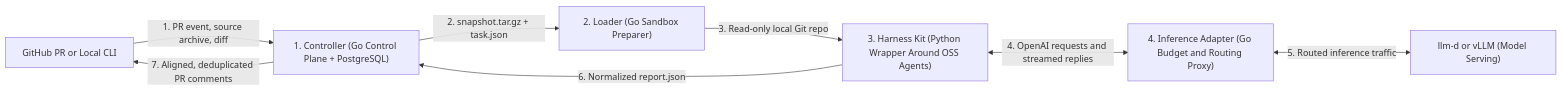
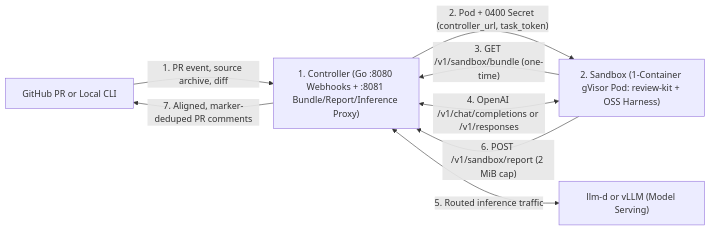
The first of 3 diagrams in docs/architecture.md (zetxqx/review-agent-infra), drawn with Mermaid before and after one commit. The commit also changed other lines of this file and 79 other files, not shown here.

Commit message:
Consolidate review-agent-infra into three stateless artifacts with embedded sandbox proxy, single-container pods, and PR marker deduplication.

````diff
--- a/docs/architecture.md
+++ b/docs/architecture.md
@@ -9,17 +9,15 @@
 ```mermaid
 flowchart LR
     GH["GitHub PR or Local CLI"]
-    Ctrl["1. Controller (Go Control Plane + PostgreSQL)"]
-    Loader["2. Loader (Go Sandbox Preparer)"]
-    Kit["3. Harness Kit (Python Wrapper Around OSS Agents)"]
-    Adapter["4. Inference Adapter (Go Budget and Routing Proxy)"]
+    Ctrl["1. Controller (Go :8080 Webhooks + :8081 Bundle/Report/Inference Proxy)"]
+    Kit["2. Sandbox (1-Container gVisor Pod: review-kit + OSS Harness)"]
     LLM["llm-d or vLLM (Model Serving)"]
 
     GH -->|"1. PR event, source archive, diff"| Ctrl
-    Ctrl -->|"2. snapshot.tar.gz + task.json"| Loader
-    Loader -->|"3. Read-only local Git repo"| Kit
-    Kit <-->|"4. OpenAI requests and streamed replies"| Adapter
-    Adapter <-->|"5. Routed inference traffic"| LLM
-    Kit -->|"6. Normalized report.json"| Ctrl
-    Ctrl -->|"7. Aligned, deduplicated PR comments"| GH
+    Ctrl -->|"2. Pod + 0400 Secret (controller_url, task_token)"| Kit
+    Kit -->|"3. GET /v1/sandbox/bundle (one-time)"| Ctrl
+    Kit <-->|"4. OpenAI /v1/chat/completions or /v1/responses"| Ctrl
+    Ctrl <-->|"5. Routed inference traffic"| LLM
+    Kit -->|"6. POST /v1/sandbox/report (2 MiB cap)"| Ctrl
+    Ctrl -->|"7. Aligned, marker-deduped PR comments"| GH
 ```
````
